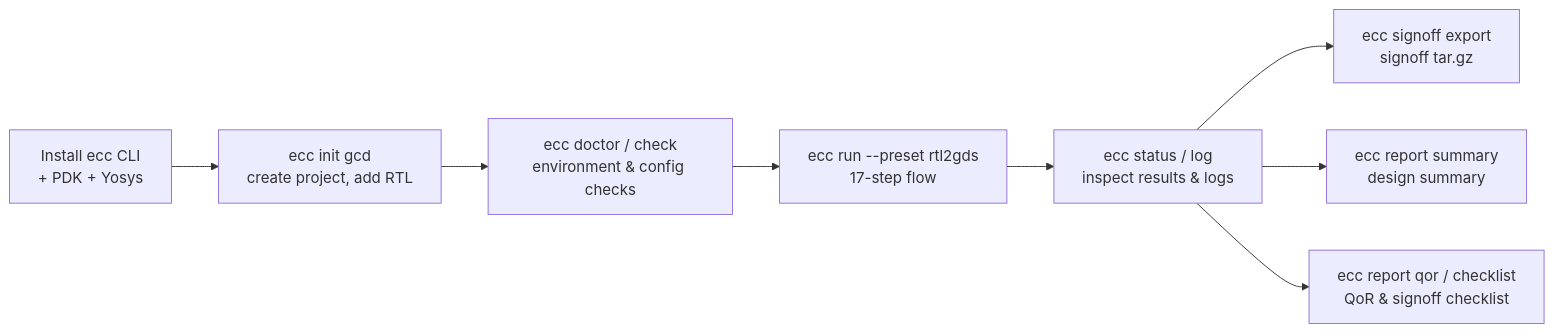
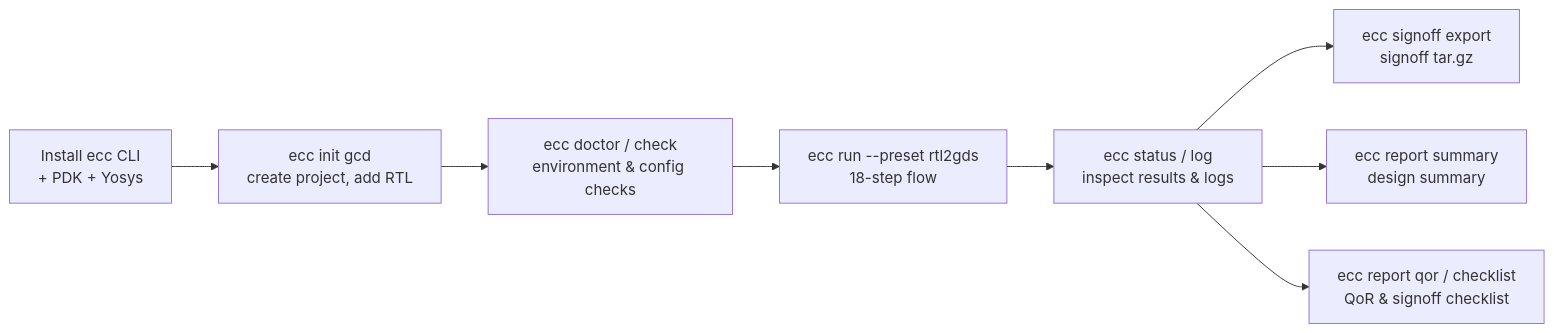
Before and after one commit to openecos-projects/ecc: the first of 2 diagrams in chipcompiler/docs/ecc-tutorial.en.md, drawn with Mermaid. The commit also changed other lines of this file and 15 other files, not shown here.

Commit message:
fix(flow): reorder default post-route signoff steps (#330)

````diff
--- a/chipcompiler/docs/ecc-tutorial.en.md
+++ b/chipcompiler/docs/ecc-tutorial.en.md
@@ -15,10 +15,10 @@
 ```mermaid
 graph LR
     A[Install ecc CLI<br/>+ PDK + Yosys] --> B[ecc init gcd<br/>create project, add RTL]
     B --> C[ecc doctor / check<br/>environment & config checks]
-    C --> D[ecc run --preset rtl2gds<br/>17-step flow]
+    C --> D[ecc run --preset rtl2gds<br/>18-step flow]
     D --> E[ecc status / log<br/>inspect results & logs]
     E --> F[ecc signoff export<br/>signoff tar.gz]
     E --> G[ecc report summary<br/>design summary]
     E --> H[ecc report qor / checklist<br/>QoR & signoff checklist]
 ```
````
